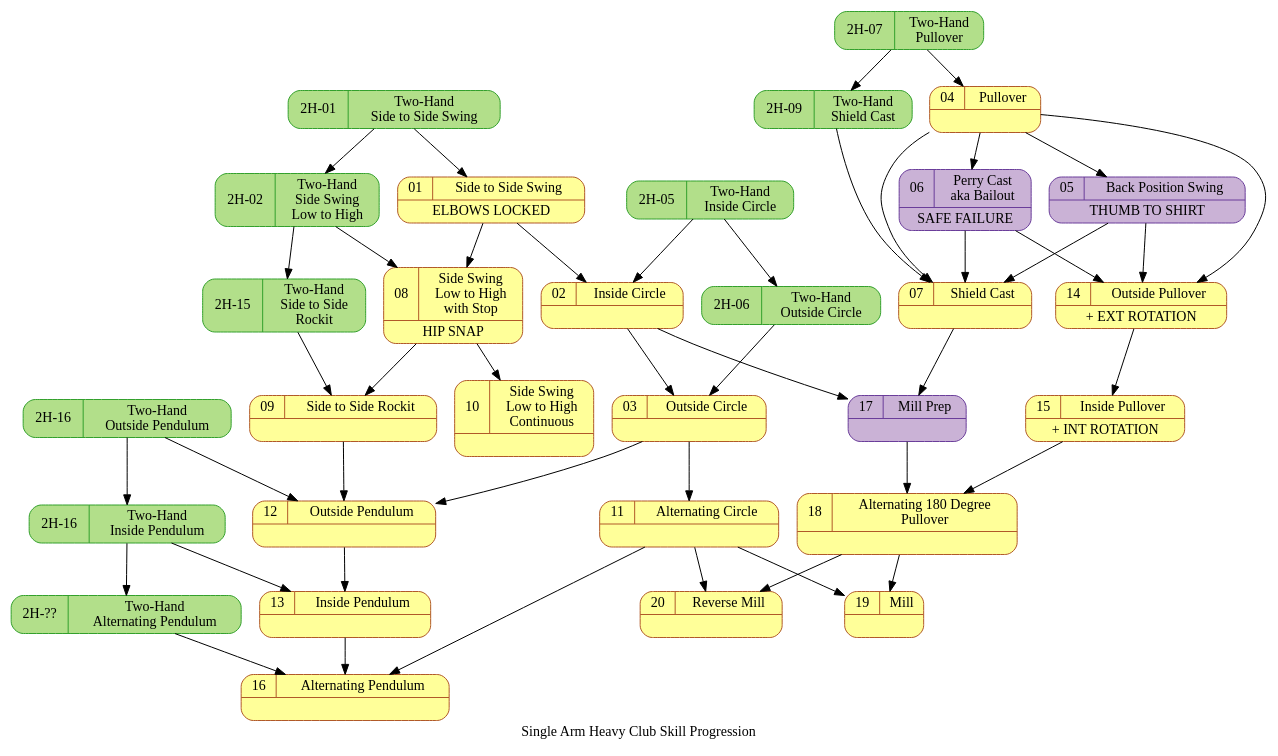
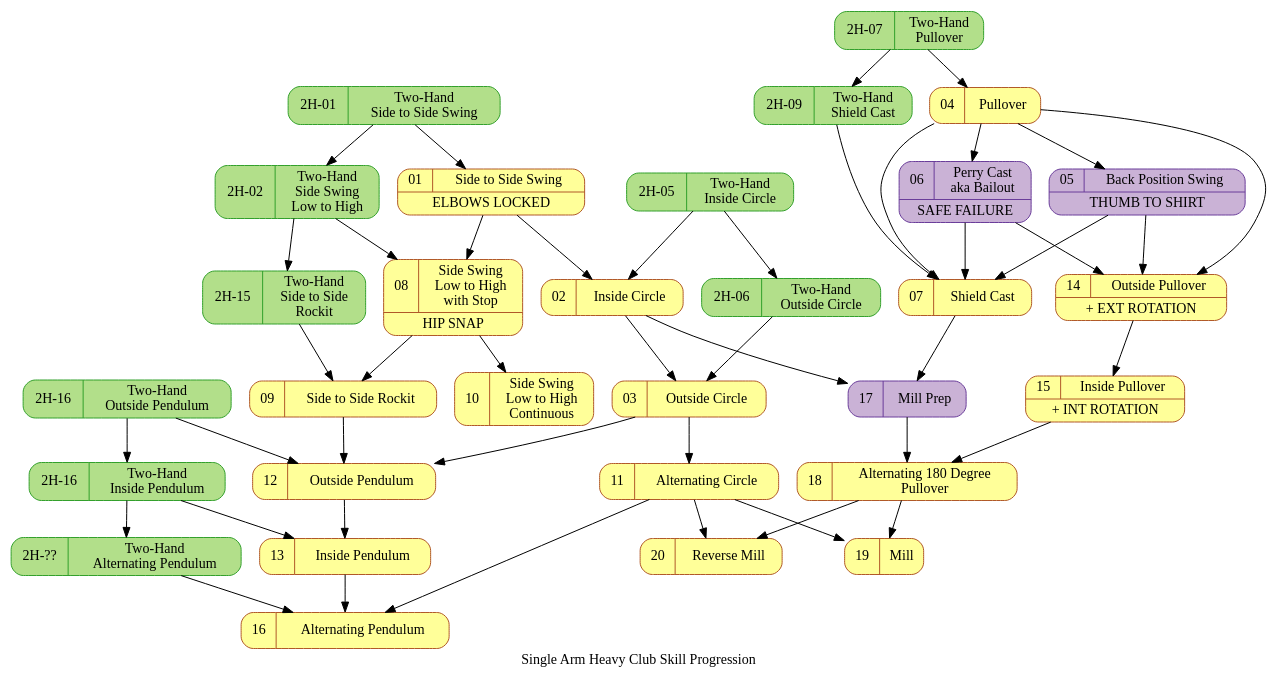
One commit to dznz/wildman-skill-trees changed the diagram in hc_sa_progression.gv. Above: the diagram before and after it, drawn with Graphviz.

Commit message:
bug(hc_sa_progression): remove redundant 2nd lines
Most of the drills don't need the 2nd line to be in place, so this can
be remedied by removing the pipe from the label.

```diff
--- a/hc_sa_progression.gv
+++ b/hc_sa_progression.gv
@@ -1,105 +1,105 @@
 digraph kb_progression {
   // Single Arm Heavy Club Skill Progression Diagram © 2023
   // by dznz using knowledge from Mark Wildman is licensed
   // under CC BY-NC-SA 4.0 
   // http://creativecommons.org/licenses/by-nc-sa/4.0/
   label="Single Arm Heavy Club Skill Progression"
   node [colorscheme="paired12"]
   node [shape=record]
   node [style="rounded,filled"]
   node [color=12, fillcolor=11]
 
   subgraph warmup {
     node [color=8, fillcolor=7]
   }
 
   subgraph aux {
     node [color=10, fillcolor=9]
     mov_backs2s, mov_perry, mov_millprep
   }
 
   // Movements external to this diagram
   subgraph ext {
     node [color=4, fillcolor=3]
     ext_2h_s2s, ext_2h_sideswingl2h, ext_2h_sc, ext_2h_pullover
     ext_2h_s2srockit
     ext_2h_incircle, ext_2h_outcircle
     ext_2h_outpend, ext_2h_inpend, ext_2h_altpend
   }
 
   ext_2h_s2s [label="{{2H-01|Two-Hand\nSide to Side Swing}}"]
   ext_2h_incircle [label="{{2H-05|Two-Hand\nInside Circle}}"]
   ext_2h_outcircle [label="{{2H-06|Two-Hand\nOutside Circle}}"]
   ext_2h_sc [label="{{2H-09|Two-Hand\nShield Cast}}"]
   ext_2h_sideswingl2h [label="{{2H-02|Two-Hand\nSide Swing\nLow to High}}" ]
   ext_2h_s2srockit [label="{{2H-15|Two-Hand\nSide to Side\nRockit}}"                         URL=""];
   ext_2h_pullover [label="{{2H-07|Two-Hand\nPullover}}" URL="https://www.youtube.com/watch?v=jpIn1Sumg78&list=PLk4oYPJ7TXKiueHS7UMPv-DxNMK6UELds&index=7"]
   ext_2h_outpend [label="{{2H-16|Two-Hand\nOutside Pendulum}}"]
   ext_2h_inpend [label="{{2H-16|Two-Hand\nInside Pendulum}}"]
   ext_2h_altpend [label="{{2H-??|Two-Hand\nAlternating Pendulum}}" URL="https://www.youtube.com/watch?v=GULjXPS_ba4"]
   
   mov_s2s               [label="{{01|Side to Side Swing}|ELBOWS LOCKED}"         URL="https://www.youtube.com/watch?v=cosgyt2BQG4&list=PLk4oYPJ7TXKgCH_TpdUCNs2-m5ZCqx-Pw"];
-  mov_incircle          [label="{{02|Inside Circle}|}"                           URL="https://www.youtube.com/watch?v=-gtRj1KEUmw"];
-  mov_outcircle         [label="{{03|Outside Circle}|}"                           URL="https://www.youtube.com/watch?v=Mf2QuZvRtQ4&list=PLk4oYPJ7TXKgCH_TpdUCNs2-m5ZCqx-Pw&index=2"];
-  mov_pullover          [label="{{04|Pullover}|}"                                 URL="https://www.youtube.com/watch?v=HHT6TrTLJM8"];
+  mov_incircle          [label="{{02|Inside Circle}}"                           URL="https://www.youtube.com/watch?v=-gtRj1KEUmw"];
+  mov_outcircle         [label="{{03|Outside Circle}}"                           URL="https://www.youtube.com/watch?v=Mf2QuZvRtQ4&list=PLk4oYPJ7TXKgCH_TpdUCNs2-m5ZCqx-Pw&index=2"];
+  mov_pullover          [label="{{04|Pullover}}"                                 URL="https://www.youtube.com/watch?v=HHT6TrTLJM8"];
   mov_backs2s           [label="{{05|Back Position Swing}|THUMB TO SHIRT}"                      URL="https://www.youtube.com/watch?v=sxePeWDR1U0"];
   mov_perry             [label="{{06|Perry Cast\naka Bailout}|SAFE FAILURE}" URL="https://www.youtube.com/watch?v=FpUecSrX_AI&list=PLk4oYPJ7TXKgCH_TpdUCNs2-m5ZCqx-Pw&index=3"];
-  mov_sc                [label="{{07|Shield Cast}|}"                         URL="https://www.youtube.com/watch?v=huwc0g3yLWk&list=PLk4oYPJ7TXKgCH_TpdUCNs2-m5ZCqx-Pw&index=4"];
+  mov_sc                [label="{{07|Shield Cast}}"                         URL="https://www.youtube.com/watch?v=huwc0g3yLWk&list=PLk4oYPJ7TXKgCH_TpdUCNs2-m5ZCqx-Pw&index=4"];
   mov_sideswingl2h      [label="{{08|Side Swing\nLow to High\nwith Stop}|HIP SNAP}"                         URL="https://www.youtube.com/watch?v=huwc0g3yLWk&list=PLk4oYPJ7TXKgCH_TpdUCNs2-m5ZCqx-Pw&index=5"];
-  mov_s2srockit         [label="{{09|Side to Side Rockit}|}"                         URL="https://www.youtube.com/watch?v=I26O1ct_hik&list=PLk4oYPJ7TXKgCH_TpdUCNs2-m5ZCqx-Pw&index=6"];
-  mov_sideswingl2hcont  [label="{{10|Side Swing\nLow to High\nContinuous}|}"                         URL="https://www.youtube.com/watch?v=I26O1ct_hik&list=PLk4oYPJ7TXKgCH_TpdUCNs2-m5ZCqx-Pw&index=7"];
-  mov_altcircle         [label="{{11|Alternating Circle}|}"                         URL="https://www.youtube.com/watch?v=I26O1ct_hik&list=PLk4oYPJ7TXKgCH_TpdUCNs2-m5ZCqx-Pw&index=8"];
-  mov_outpend           [label="{{12|Outside Pendulum}|}"                         URL="https://www.youtube.com/watch?v=I26O1ct_hik&list=PLk4oYPJ7TXKgCH_TpdUCNs2-m5ZCqx-Pw&index=9"];
-  mov_inpend            [label="{{13|Inside Pendulum}|}"                         URL="https://www.youtube.com/watch?v=I26O1ct_hik&list=PLk4oYPJ7TXKgCH_TpdUCNs2-m5ZCqx-Pw&index=10"];
+  mov_s2srockit         [label="{{09|Side to Side Rockit}}"                         URL="https://www.youtube.com/watch?v=I26O1ct_hik&list=PLk4oYPJ7TXKgCH_TpdUCNs2-m5ZCqx-Pw&index=6"];
+  mov_sideswingl2hcont  [label="{{10|Side Swing\nLow to High\nContinuous}}"                         URL="https://www.youtube.com/watch?v=I26O1ct_hik&list=PLk4oYPJ7TXKgCH_TpdUCNs2-m5ZCqx-Pw&index=7"];
+  mov_altcircle         [label="{{11|Alternating Circle}}"                         URL="https://www.youtube.com/watch?v=I26O1ct_hik&list=PLk4oYPJ7TXKgCH_TpdUCNs2-m5ZCqx-Pw&index=8"];
+  mov_outpend           [label="{{12|Outside Pendulum}}"                         URL="https://www.youtube.com/watch?v=I26O1ct_hik&list=PLk4oYPJ7TXKgCH_TpdUCNs2-m5ZCqx-Pw&index=9"];
+  mov_inpend            [label="{{13|Inside Pendulum}}"                         URL="https://www.youtube.com/watch?v=I26O1ct_hik&list=PLk4oYPJ7TXKgCH_TpdUCNs2-m5ZCqx-Pw&index=10"];
   mov_outpull           [label="{{14|Outside Pullover}|+ EXT ROTATION}"                         URL="https://www.youtube.com/watch?v=sJ5XCgdCMx8&list=PLk4oYPJ7TXKgCH_TpdUCNs2-m5ZCqx-Pw&index=14"];
   mov_inpull            [label="{{15|Inside Pullover}|+ INT ROTATION}"                         URL="https://www.youtube.com/watch?v=sJ5XCgdCMx8&list=PLk4oYPJ7TXKgCH_TpdUCNs2-m5ZCqx-Pw&index=15"];
-  mov_altpend           [label="{{16|Alternating Pendulum}|}"                         URL="https://www.youtube.com/watch?v=I26O1ct_hik&list=PLk4oYPJ7TXKgCH_TpdUCNs2-m5ZCqx-Pw&index=16"];
-  mov_millprep          [label="{{17|Mill Prep}|}"                                     URL="https://www.youtube.com/watch?v=I26O1ct_hik&list=PLk4oYPJ7TXKgCH_TpdUCNs2-m5ZCqx-Pw&index=17"];
-  mov_alt180pull        [label="{{18|Alternating 180 Degree\nPullover}|}"                      URL="https://www.youtube.com/watch?v=I26O1ct_hik&list=PLk4oYPJ7TXKgCH_TpdUCNs2-m5ZCqx-Pw&index=18"];
-  mov_mill              [label="{{19|Mill}|}"                                          URL="https://www.youtube.com/watch?v=I26O1ct_hik&list=PLk4oYPJ7TXKgCH_TpdUCNs2-m5ZCqx-Pw&index=19"];
-  mov_revmill           [label="{{20|Reverse Mill}|}"                                  URL="https://www.youtube.com/watch?v=I26O1ct_hik&list=PLk4oYPJ7TXKgCH_TpdUCNs2-m5ZCqx-Pw&index=20"];
+  mov_altpend           [label="{{16|Alternating Pendulum}}"                         URL="https://www.youtube.com/watch?v=I26O1ct_hik&list=PLk4oYPJ7TXKgCH_TpdUCNs2-m5ZCqx-Pw&index=16"];
+  mov_millprep          [label="{{17|Mill Prep}}"                                     URL="https://www.youtube.com/watch?v=I26O1ct_hik&list=PLk4oYPJ7TXKgCH_TpdUCNs2-m5ZCqx-Pw&index=17"];
+  mov_alt180pull        [label="{{18|Alternating 180 Degree\nPullover}}"                      URL="https://www.youtube.com/watch?v=I26O1ct_hik&list=PLk4oYPJ7TXKgCH_TpdUCNs2-m5ZCqx-Pw&index=18"];
+  mov_mill              [label="{{19|Mill}}"                                          URL="https://www.youtube.com/watch?v=I26O1ct_hik&list=PLk4oYPJ7TXKgCH_TpdUCNs2-m5ZCqx-Pw&index=19"];
+  mov_revmill           [label="{{20|Reverse Mill}}"                                  URL="https://www.youtube.com/watch?v=I26O1ct_hik&list=PLk4oYPJ7TXKgCH_TpdUCNs2-m5ZCqx-Pw&index=20"];
 
   // external skill links
   ext_2h_s2s -> ext_2h_sideswingl2h -> ext_2h_s2srockit;
   ext_2h_outpend -> ext_2h_inpend -> ext_2h_altpend;
   ext_2h_incircle -> ext_2h_outcircle;
   ext_2h_pullover -> ext_2h_sc;
 
   // external skill dependencies
   ext_2h_s2s -> mov_s2s;
   ext_2h_incircle -> mov_incircle;
   ext_2h_outcircle -> mov_outcircle;
   ext_2h_sc -> mov_sc;
   ext_2h_pullover -> mov_pullover;
   ext_2h_sideswingl2h -> mov_sideswingl2h;
   ext_2h_s2srockit -> mov_s2srockit;
   ext_2h_outpend -> mov_outpend;
   ext_2h_inpend -> mov_inpend;
   ext_2h_altpend -> mov_altpend;
 
   mov_s2s -> mov_sideswingl2h;
   mov_s2s -> mov_incircle;
   mov_incircle -> mov_outcircle;
   mov_sideswingl2h -> mov_s2srockit;
   mov_s2srockit -> mov_outpend;
   mov_outcircle -> mov_outpend;
   mov_sideswingl2h -> mov_sideswingl2hcont;
   mov_outcircle -> mov_altcircle;
   mov_outpend -> mov_inpend -> mov_altpend;
   mov_pullover -> mov_sc;
   mov_pullover -> mov_backs2s -> mov_sc;
   mov_pullover -> mov_perry -> mov_sc;
   mov_backs2s -> mov_outpull;
   mov_perry -> mov_outpull;
   mov_pullover -> mov_outpull;
   mov_outpull -> mov_inpull;
   mov_incircle -> mov_millprep;
   mov_sc -> mov_millprep;
   mov_millprep -> mov_alt180pull;
   mov_inpull -> mov_alt180pull;
   mov_alt180pull -> mov_mill;
   mov_altcircle -> mov_mill;
   mov_altcircle -> mov_revmill;
   mov_alt180pull -> mov_revmill;
   mov_altcircle -> mov_altpend;
 }
```
